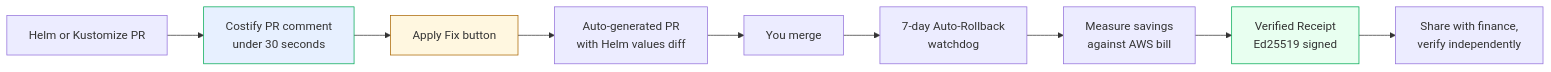
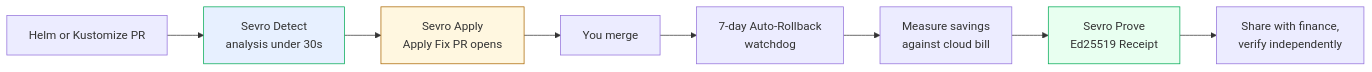
Before and after one commit to jonathansiles/optiqor-cli: the fourth of 4 diagrams in README.md, drawn with Mermaid. The commit also changed other lines of this file and 15 other files, not shown here.

Commit message:
refactor: rename costify to sevro across cli (binary, package, docs)

````diff
--- a/README.md
+++ b/README.md
@@ -369,15 +377,14 @@
 ```mermaid
 flowchart LR
-    PR[Helm or Kustomize PR] --> COMMENT[Costify PR comment<br/>under 30 seconds]
-    COMMENT --> APPLY[Apply Fix button]
-    APPLY --> NEWPR[Auto-generated PR<br/>with Helm values diff]
-    NEWPR --> MERGE[You merge]
+    PR[Helm or Kustomize PR] --> DETECT[Sevro Detect<br/>analysis under 30s]
+    DETECT --> APPLY[Sevro Apply<br/>Apply Fix PR opens]
+    APPLY --> MERGE[You merge]
     MERGE --> WATCH[7-day Auto-Rollback<br/>watchdog]
-    WATCH --> MEASURE[Measure savings<br/>against AWS bill]
-    MEASURE --> RECEIPT[Verified Receipt<br/>Ed25519 signed]
-    RECEIPT --> SHARE[Share with finance,<br/>verify independently]
+    WATCH --> MEASURE[Measure savings<br/>against cloud bill]
+    MEASURE --> PROVE[Sevro Prove<br/>Ed25519 Receipt]
+    PROVE --> SHARE[Share with finance,<br/>verify independently]
 
-    style COMMENT fill:#e7f0ff,stroke:#0a5
+    style DETECT fill:#e7f0ff,stroke:#0a5
     style APPLY fill:#fff7e0,stroke:#a60
-    style RECEIPT fill:#e8fff0,stroke:#0a5
+    style PROVE fill:#e8fff0,stroke:#0a5
 ```
````
